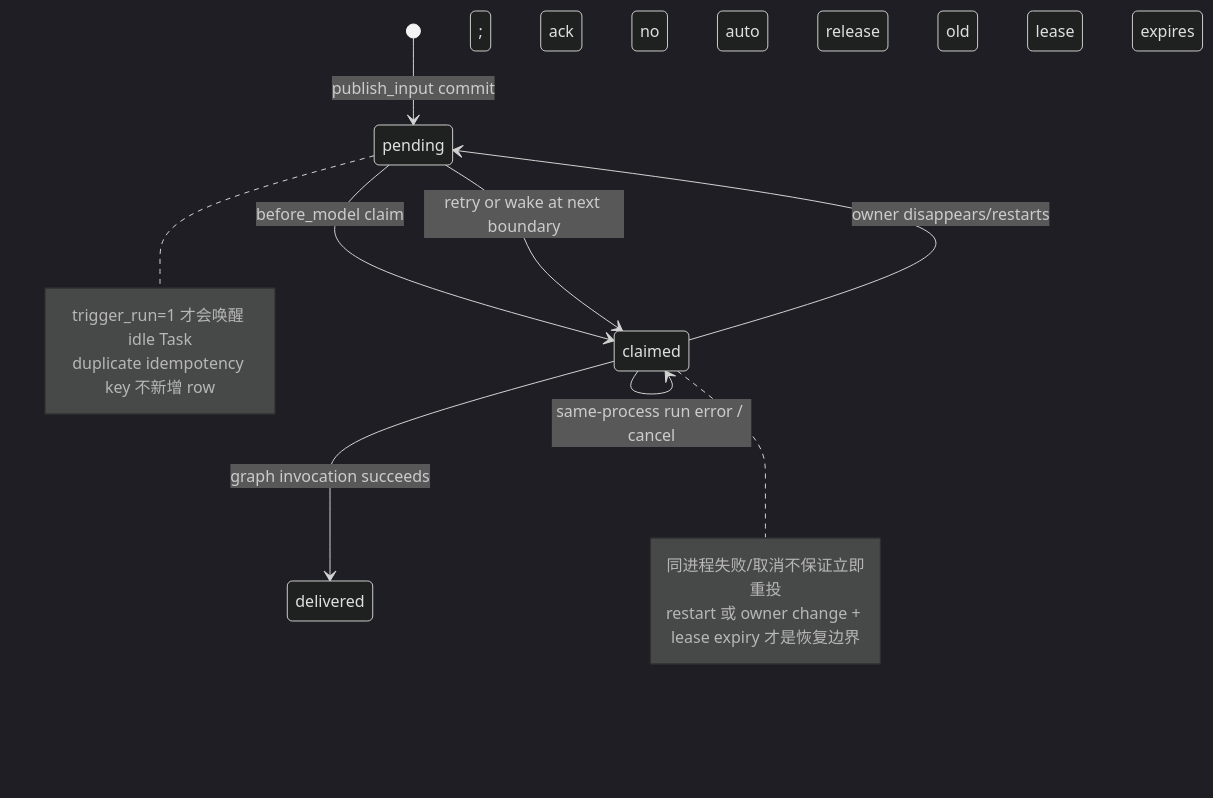
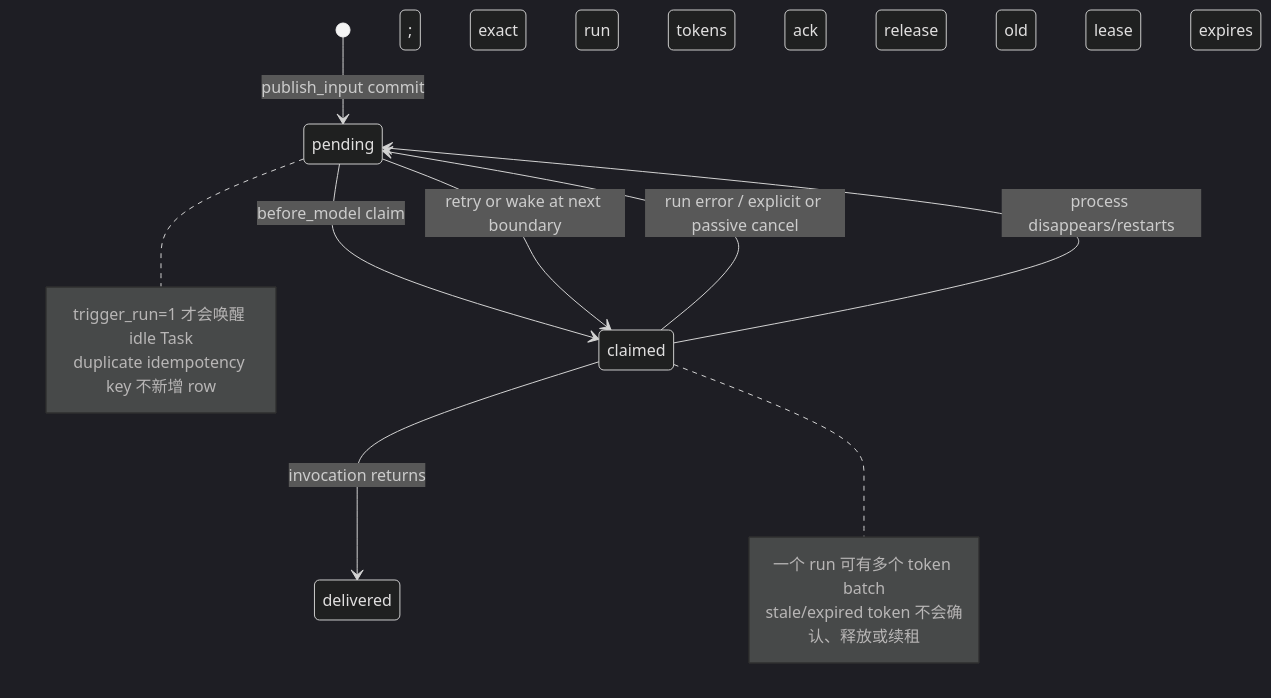
Before and after one commit to ccpowe/ruyi-agent: the first of 2 diagrams in docs/systems/task-mailbox-settlement.md, drawn with Mermaid (dark theme). The commit also changed other lines of this file and 7 other files, not shown here.

````diff
--- a/docs/systems/task-mailbox-settlement.md
+++ b/docs/systems/task-mailbox-settlement.md
@@ -136,17 +142,17 @@
 ```mermaid
 stateDiagram-v2
     [*] --> pending: publish_input commit
     pending --> claimed: before_model claim
-    claimed --> delivered: graph invocation succeeds; ack
-    claimed --> claimed: same-process run error / cancel; no auto release
-    claimed --> pending: owner disappears/restarts; old lease expires
+    claimed --> delivered: invocation returns; exact run tokens ack
+    claimed --> pending: run error / explicit or passive cancel; exact tokens release
+    claimed --> pending: process disappears/restarts; old lease expires
     pending --> claimed: retry or wake at next boundary
     note right of pending
       trigger_run=1 才会唤醒 idle Task
       duplicate idempotency key 不新增 row
     end note
     note right of claimed
-      同进程失败/取消不保证立即重投
-      restart 或 owner change + lease expiry 才是恢复边界
+      一个 run 可有多个 token batch
+      stale/expired token 不会确认、释放或续租
     end note
 ```
````
